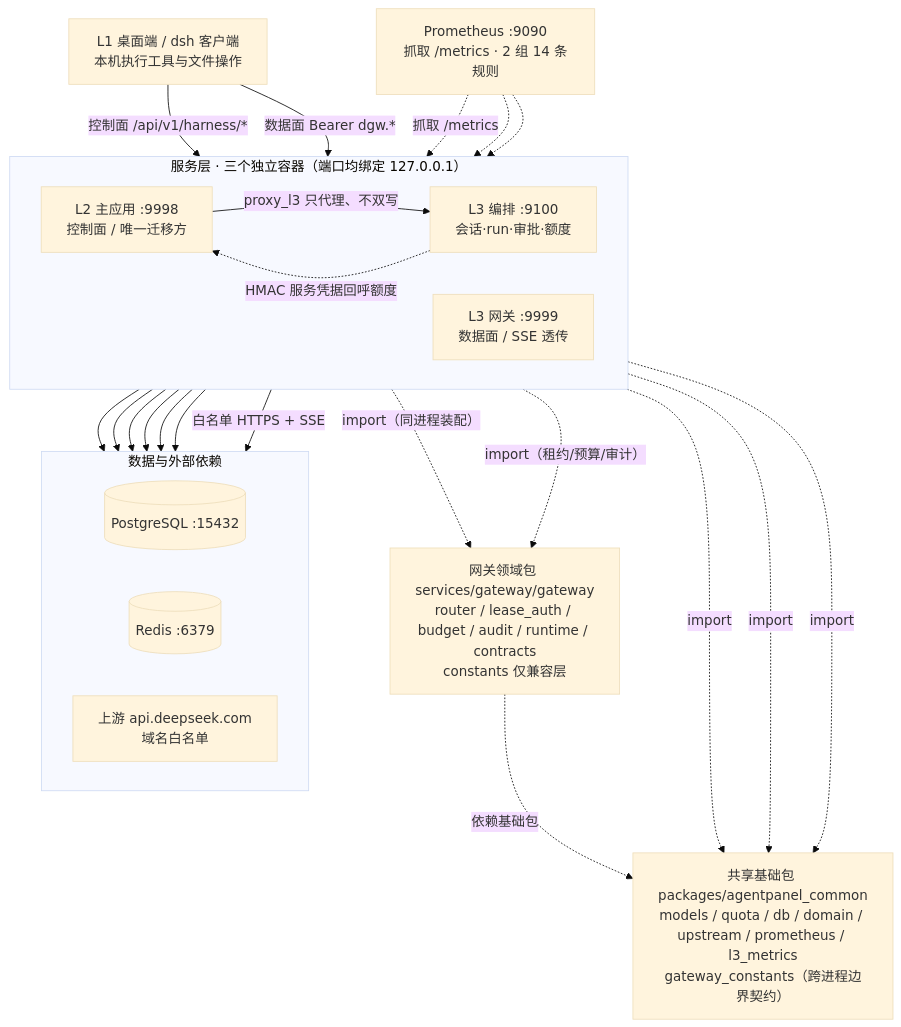
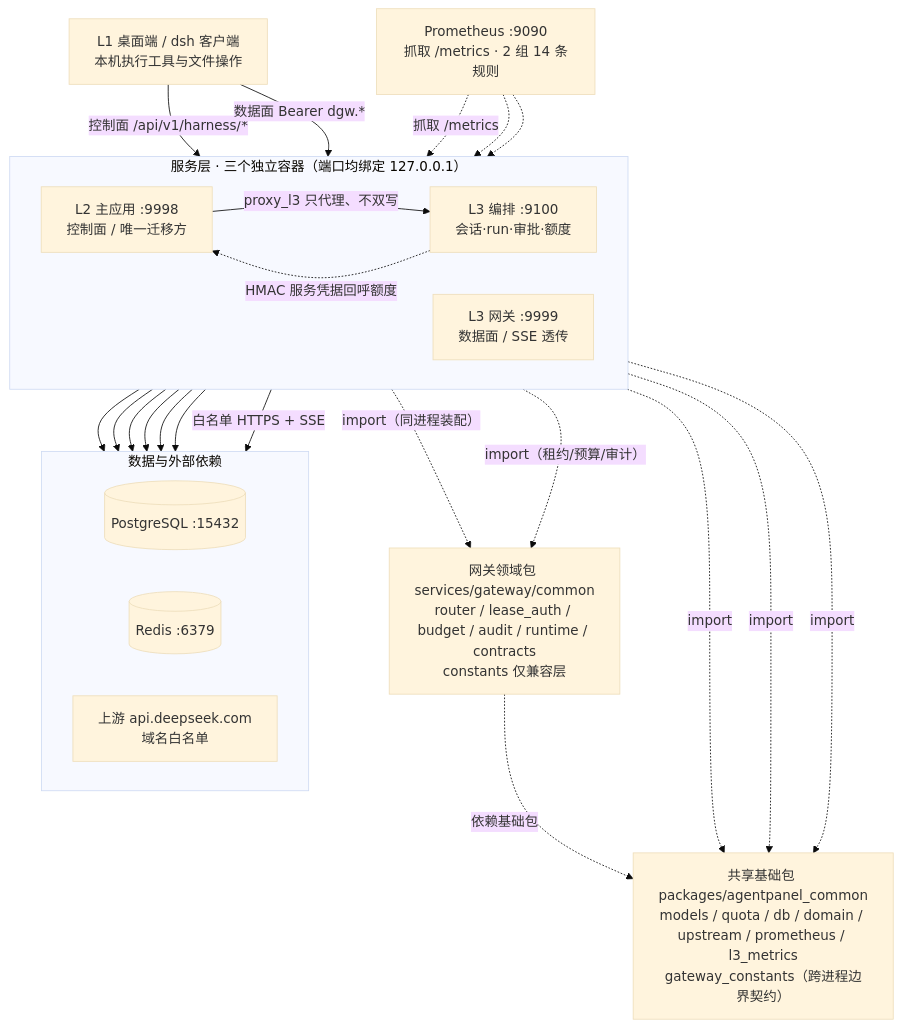
One commit to tec-more/agentpanel changed the first of 3 diagrams in reports/architecture/as-built-architecture-2026-11-09.md. Above: the diagram before and after it, drawn with Mermaid (base theme). The commit also changed other lines of this file and 32 other files, not shown here.

First line of the commit message:
refactor: 网关领域包目录改名为 services/gateway/common

````diff
--- a/reports/architecture/as-built-architecture-2026-11-09.md
+++ b/reports/architecture/as-built-architecture-2026-11-09.md
@@ -23,40 +23,40 @@
 ```mermaid
 flowchart TB
   C["L1 桌面端 / dsh 客户端<br/>本机执行工具与文件操作"]
   subgraph SVC["服务层 · 三个独立容器（端口均绑定 127.0.0.1）"]
     direction LR
     L2["L2 主应用 :9998<br/>控制面 / 唯一迁移方"]
     GW["L3 网关 :9999<br/>数据面 / SSE 透传"]
     OR["L3 编排 :9100<br/>会话·run·审批·额度"]
   end
   CM["共享基础包 packages/agentpanel_common<br/>models / quota / db / domain / upstream / prometheus / l3_metrics<br/>gateway_constants（跨进程边界契约）"]
-  GWD["网关领域包 services/gateway/gateway<br/>router / lease_auth / budget / audit / runtime / contracts<br/>constants 仅兼容层"]
+  GWD["网关领域包 services/gateway/common<br/>router / lease_auth / budget / audit / runtime / contracts<br/>constants 仅兼容层"]
   subgraph ST["数据与外部依赖"]
     direction LR
     PG[("PostgreSQL :15432")]
     RD[("Redis :6379")]
     EXT["上游 api.deepseek.com<br/>域名白名单"]
   end
   PM["Prometheus :9090<br/>抓取 /metrics · 2 组 14 条规则"]
 
   C -->|"控制面 /api/v1/harness/*"| L2
   C -->|"数据面 Bearer dgw.*"| GW
   L2 -->|"proxy_l3 只代理、不双写"| OR
   OR -.->|"HMAC 服务凭据回呼额度"| L2
   L2 -.->|import| CM
   GW -.->|import| CM
   OR -.->|import| CM
   GW -.->|"import（同进程装配）"| GWD
   L2 -.->|"import（租约/预算/审计）"| GWD
   GWD -.->|"依赖基础包"| CM
   L2 --> PG
   L2 --> RD
   OR --> PG
   OR --> RD
   GW --> PG
   GW --> RD
   GW -->|"白名单 HTTPS + SSE"| EXT
   PM -.->|"抓取 /metrics"| L2
   PM -.-> GW
   PM -.-> OR
 ```
````
